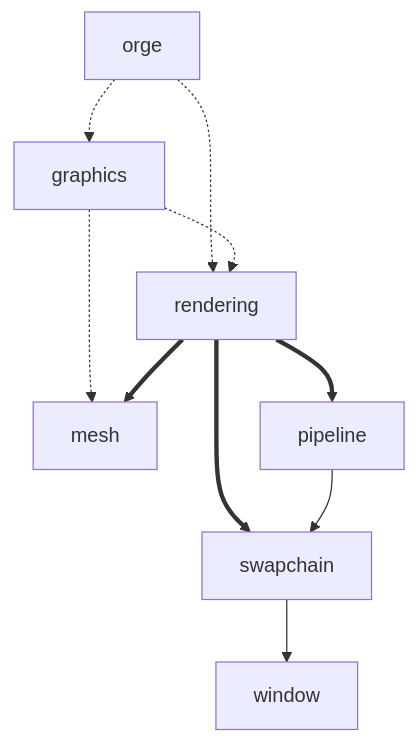
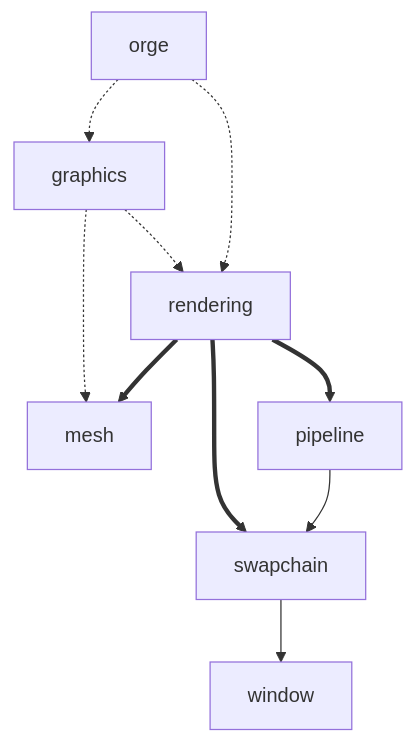
Before and after one commit to Tengu712/orge: the diagram in docs/ARCHITECTURE.md, drawn with Mermaid. The commit also changed other lines of this file, not shown here.

````diff
--- a/docs/ARCHITECTURE.md
+++ b/docs/ARCHITECTURE.md
@@ -5,12 +5,12 @@
 ```mermaid
 graph TD
     orge -.-> graphics
+    graphics -.-> rendering
     orge -.-> rendering
-    graphics -.-> rendering
     graphics -.-> mesh
     rendering ==> swapchain
     rendering ==> pipeline
     rendering ==> mesh
     swapchain --> window
     pipeline --> swapchain
 ```
````
